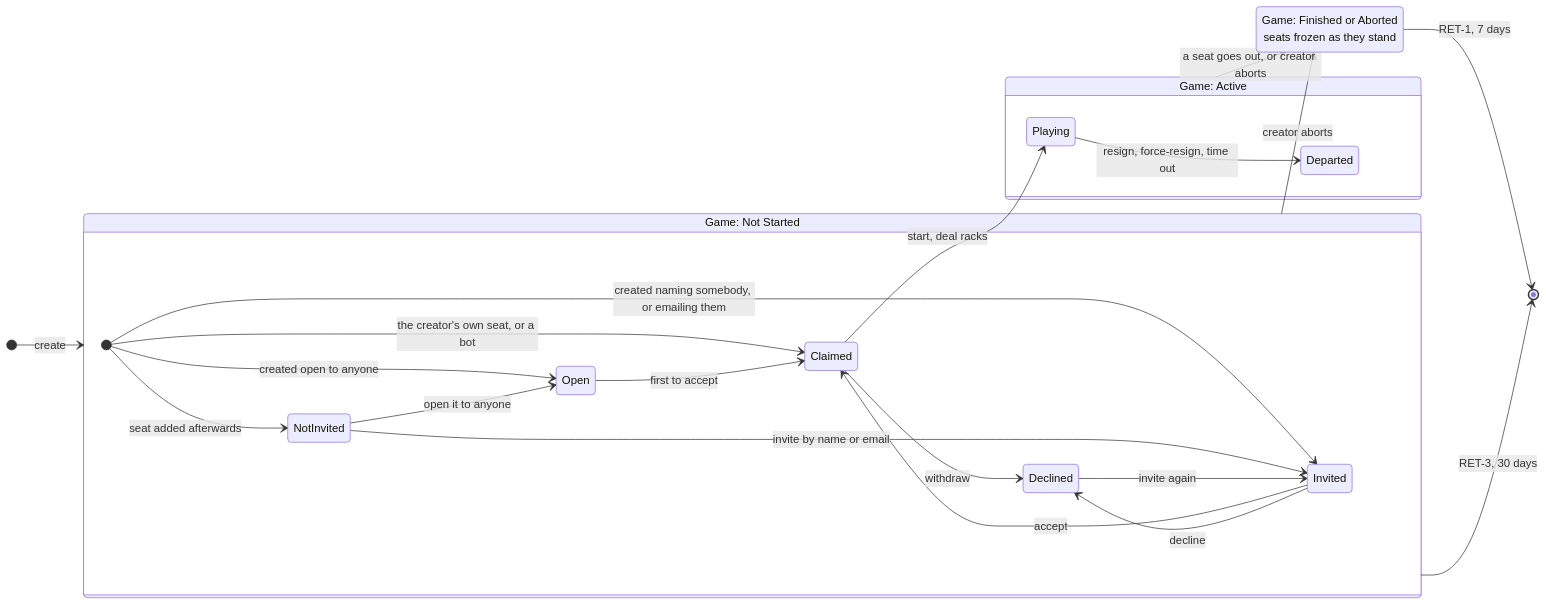
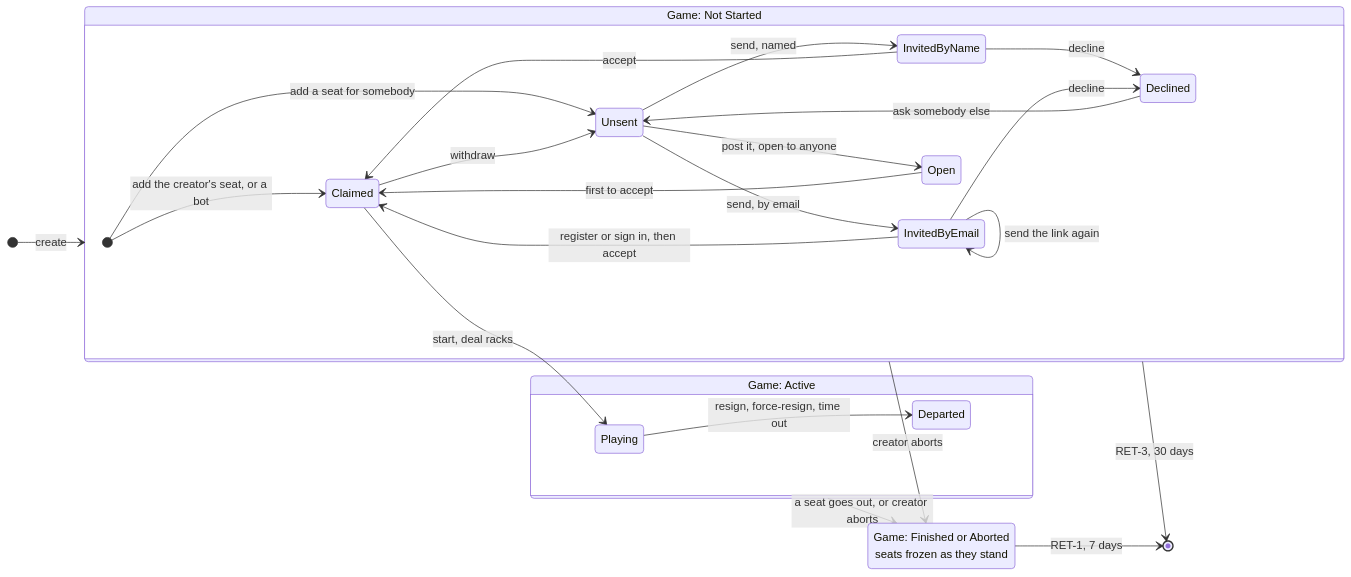
One commit to SteveStyle/scrabble-px changed the first of 3 diagrams in docs/changes/71-one-game-model.md. Above: the diagram before and after it, drawn with Mermaid. The commit also changed other lines of this file, not shown here.

First line of the commit message:
app 0.4.24 api 2.10: there is no empty seat, and there is an unsent one

````diff
--- a/docs/changes/71-one-game-model.md
+++ b/docs/changes/71-one-game-model.md
@@ -282,31 +327,33 @@
 ```mermaid
 stateDiagram-v2
     direction LR
     [*] --> NotStarted: create
 
     state "Game: Not Started" as NotStarted {
-        [*] --> Claimed: the creator's own seat, or a bot
-        [*] --> Invited: created naming somebody, or emailing them
-        [*] --> Open: created open to anyone
-        [*] --> NotInvited: seat added afterwards
-        NotInvited --> Invited: invite by name or email
-        NotInvited --> Open: open it to anyone
-        Invited --> Claimed: accept
+        [*] --> Claimed: add the creator's seat, or a bot
+        [*] --> Unsent: add a seat for somebody
+        Unsent --> InvitedByName: send, named
+        Unsent --> InvitedByEmail: send, by email
+        Unsent --> Open: post it, open to anyone
+        InvitedByEmail --> InvitedByEmail: send the link again
+        InvitedByName --> Claimed: accept
+        InvitedByEmail --> Claimed: register or sign in, then accept
         Open --> Claimed: first to accept
-        Invited --> Declined: decline
-        Declined --> Invited: invite again
-        Claimed --> Declined: withdraw
+        InvitedByName --> Declined: decline
+        InvitedByEmail --> Declined: decline
+        Declined --> Unsent: ask somebody else
+        Claimed --> Unsent: withdraw
     }
 
     state "Game: Active" as Active {
         Playing --> Departed: resign, force-resign, time out
     }
 
     state "Game: Finished or Aborted<br/>seats frozen as they stand" as Over
 
     Claimed --> Playing: start, deal racks
     NotStarted --> Over: creator aborts
     Active --> Over: a seat goes out, or creator aborts
     NotStarted --> [*]: RET-3, 30 days
     Over --> [*]: RET-1, 7 days
 ```
````
